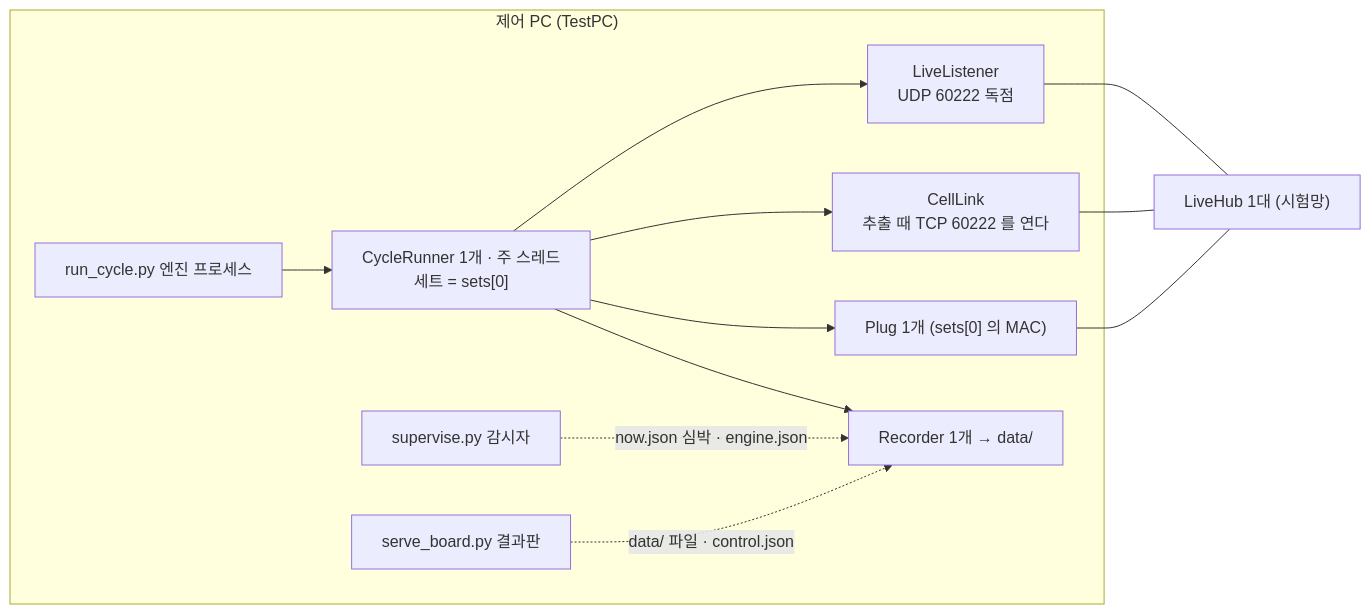
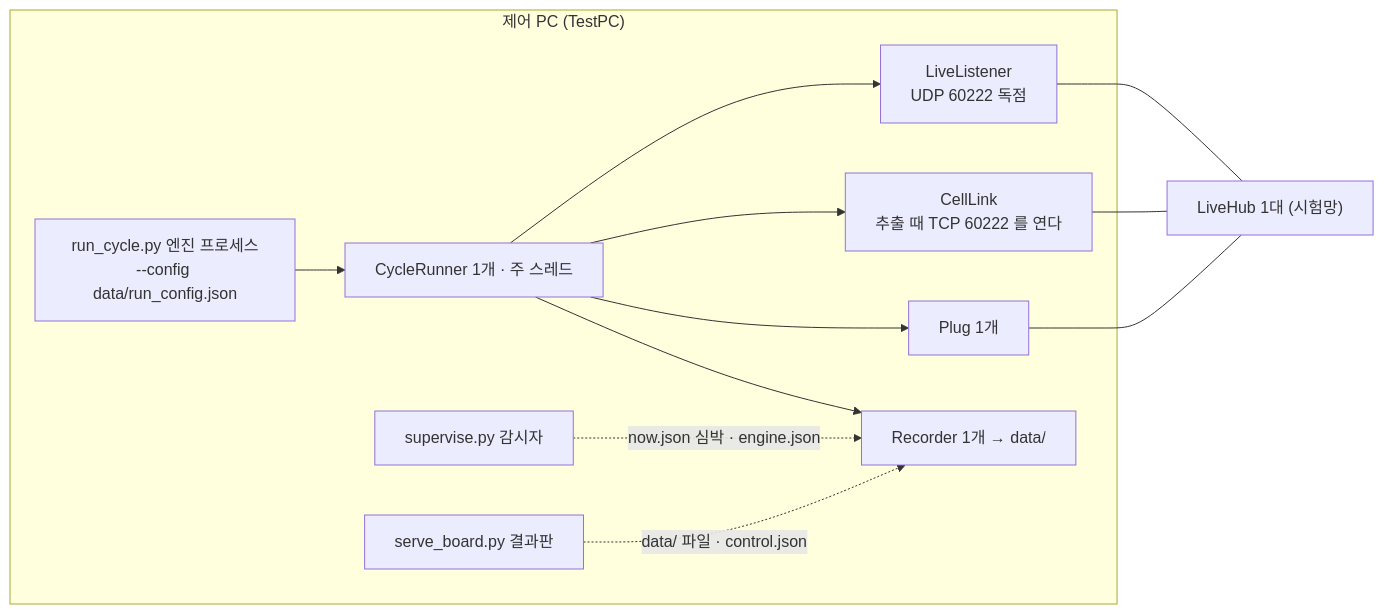
One commit to GeonwooKim-fitogether/QA-Automation-Test-Room changed the first of 6 diagrams in cell-bench/docs/design/multi-set-plan.md. Above: the diagram before and after it, drawn with Mermaid. The commit also changed other lines of this file, not shown here.

````diff
--- a/cell-bench/docs/design/multi-set-plan.md
+++ b/cell-bench/docs/design/multi-set-plan.md
@@ -27,19 +29,19 @@
 ```mermaid
 flowchart LR
   subgraph PC["제어 PC (TestPC)"]
-    ENG["run_cycle.py 엔진 프로세스"]
-    RUN["CycleRunner 1개 · 주 스레드<br/>세트 = sets[0]"]
+    ENG["run_cycle.py 엔진 프로세스<br/>--config data/run_config.json"]
+    RUN["CycleRunner 1개 · 주 스레드"]
     LIV["LiveListener<br/>UDP 60222 독점"]
     LNK["CellLink<br/>추출 때 TCP 60222 를 연다"]
-    PLG["Plug 1개 (sets[0] 의 MAC)"]
+    PLG["Plug 1개"]
     REC["Recorder 1개 → data/"]
     SUP["supervise.py 감시자"]
     BRD["serve_board.py 결과판"]
   end
   HUB["LiveHub 1대 (시험망)"]
   ENG --> RUN
   RUN --> LIV & LNK & PLG & REC
   LIV & LNK & PLG --- HUB
   SUP -.->|"now.json 심박 · engine.json"| REC
   BRD -.->|"data/ 파일 · control.json"| REC
 ```
````
